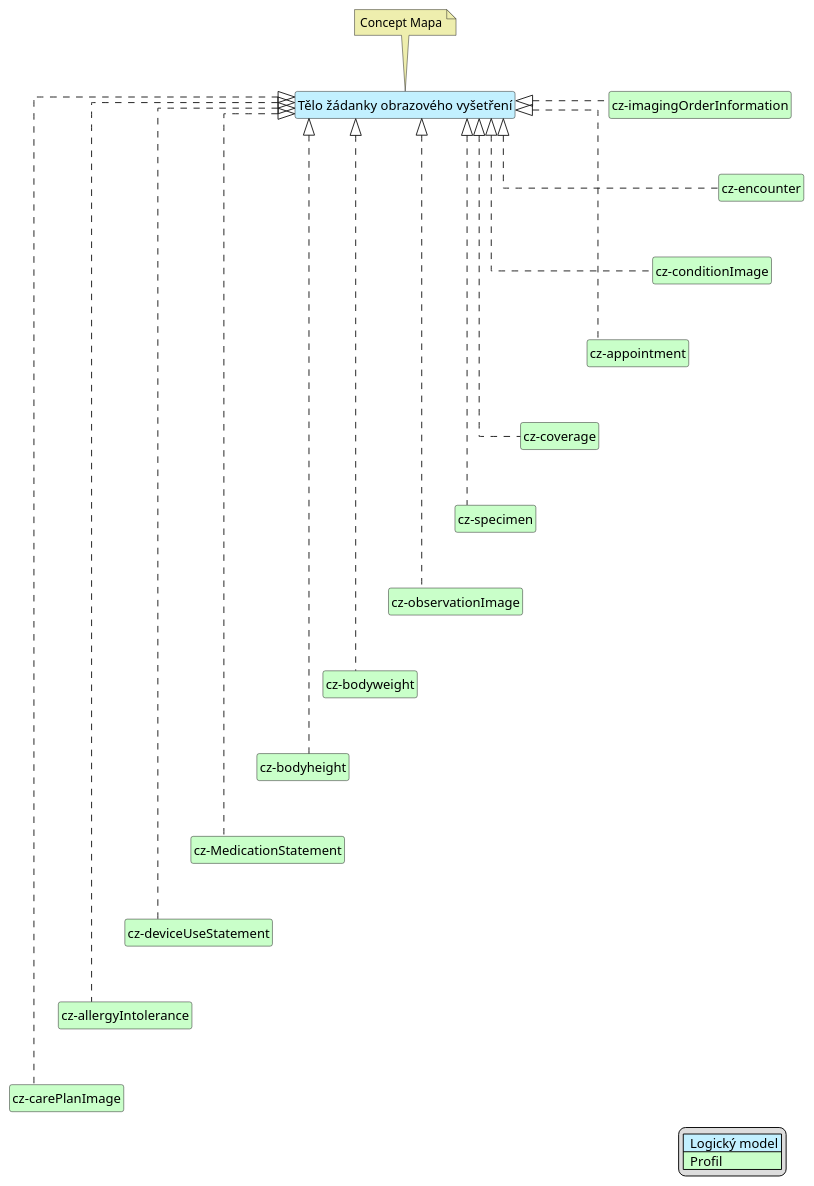
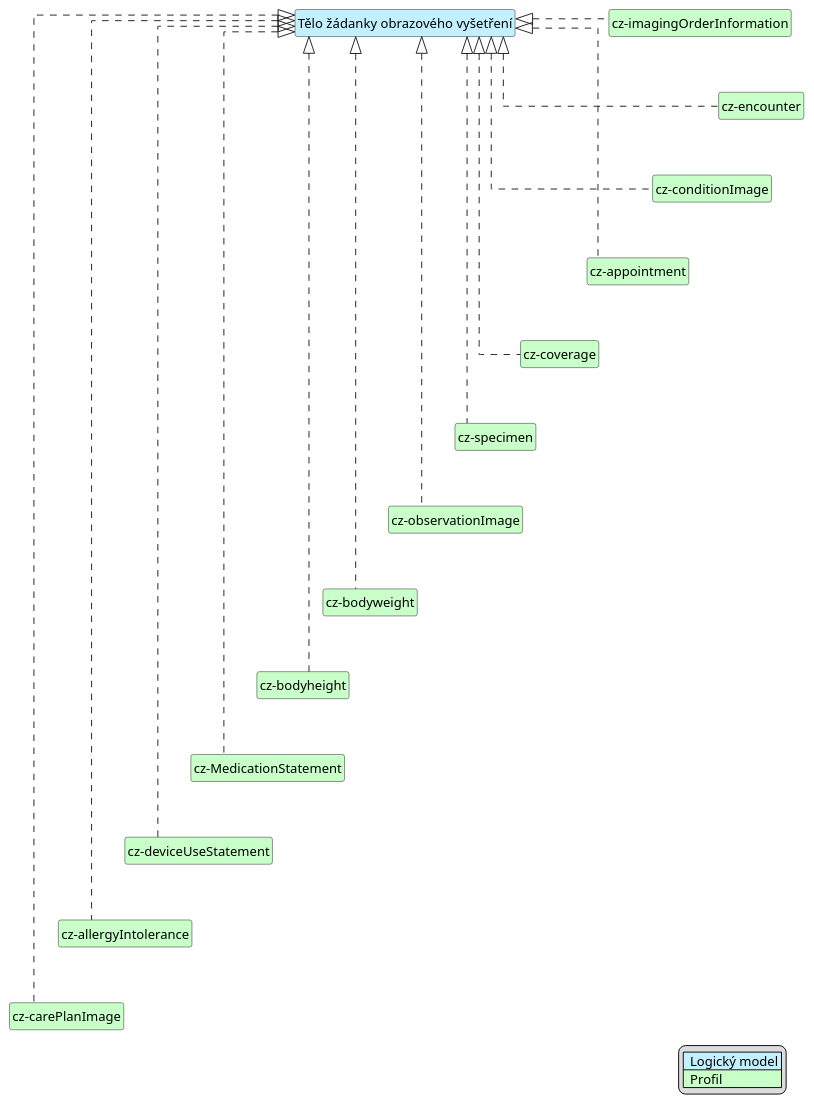
One commit to HL7-cz/img-order changed the diagram in input/images-source/imgOrderBody-map-cs.plantuml. Above: the diagram before and after it, drawn with PlantUML. The commit also changed 16 other files, not shown here.

```diff
--- a/input/images-source/imgOrderBody-map-cs.plantuml
+++ b/input/images-source/imgOrderBody-map-cs.plantuml
@@ -1,61 +1,58 @@
 @startuml
 hide circle
 hide stereotype
 hide members
 hide methods
 skinparam linetype ortho
 skinparam class {
 BackgroundColor<<LogicalModel>> #APPLICATION
 BackgroundColor<<Profile>> #TECHNOLOGY
 }
 legend right
 | <#APPLICATION>  Logický model |
 | <#TECHNOLOGY>  Profil |
 endlegend
 class "Tělo žádanky obrazového vyšetření" <<LogicalModel>> [[StructureDefinition-BodyImageOrderCz.html]]
-note top #EEEEAE [[ConceptMap-BodyImagingOrder2FHIR-cz.html]]
-Concept Mapa
-endnote
 
 class "cz-imagingOrderInformation" <<Profile>> [[StructureDefinition-cz-imagingOrderInformation.html]]
 class "cz-conditionImage" <<Profile>> [[StructureDefinition-cz-conditionImage.html]]
 class "cz-encounter" <<Profile>> [[https://build.fhir.org/ig/HL7-cz/cz-core/StructureDefinition-cz-encounter.html]]
 class "cz-coverage" <<Profile>> [[https://build.fhir.org/ig/HL7-cz/cz-core/StructureDefinition-cz-coverage.html]]
 class "cz-appointment" <<Profile>> [[StructureDefinition-cz-appointment.html]]
 class "cz-specimen" <<Profile>> [[https://build.fhir.org/ig/HL7-cz/cz-core/StructureDefinition-cz-specimen.html]]
 class "cz-observationImage" <<Profile>> [[StructureDefinition-cz-observationImage.html]]
 class "cz-bodyweight" <<Profile>> [[StructureDefinition-cz-bodyweight.html]]
 class "cz-bodyheight" <<Profile>> [[StructureDefinition-cz-bodyheight.html]]
 class "cz-MedicationStatement" <<Profile>> [[https://build.fhir.org/ig/HL7-cz/cz-core/StructureDefinition-cz-MedicationStatement.html]]
 class "cz-deviceUseStatement" <<Profile>> [[StructureDefinition-cz-deviceUseStatement.html]]
 class "cz-allergyIntolerance" <<Profile>> [[https://build.fhir.org/ig/HL7-cz/cz-core/StructureDefinition-cz-allergyIntolerance.html]]
 class "cz-carePlanImage" <<Profile>> [[StructureDefinition-cz-carePlanImage.html]]
 
 "Tělo žádanky obrazového vyšetření" <|. "cz-imagingOrderInformation"
 "Tělo žádanky obrazového vyšetření" <|. "cz-appointment"
 "Tělo žádanky obrazového vyšetření" <|. "cz-coverage"
 "Tělo žádanky obrazového vyšetření" <|. "cz-conditionImage"
 "Tělo žádanky obrazového vyšetření" <|. "cz-encounter"
 "Tělo žádanky obrazového vyšetření" <|. "cz-specimen"
 "Tělo žádanky obrazového vyšetření" <|. "cz-observationImage"
 "Tělo žádanky obrazového vyšetření" <|. "cz-bodyweight"
 "Tělo žádanky obrazového vyšetření" <|. "cz-bodyheight"
 "Tělo žádanky obrazového vyšetření" <|. "cz-MedicationStatement"
 "Tělo žádanky obrazového vyšetření" <|. "cz-deviceUseStatement"
 "Tělo žádanky obrazového vyšetření" <|. "cz-allergyIntolerance"
 "Tělo žádanky obrazového vyšetření" <|. "cz-carePlanImage"
 
 "cz-imagingOrderInformation" -d[hidden]-> "cz-encounter"
 "cz-encounter" -d[hidden]-> "cz-conditionImage"
 "cz-conditionImage" -d[hidden]-> "cz-appointment"
 "cz-appointment" -d[hidden]-> "cz-coverage"
 "cz-coverage" -d[hidden]-> "cz-specimen"
 "cz-specimen" -d[hidden]-> "cz-observationImage"
 "cz-observationImage" -d[hidden]-> "cz-bodyweight"
 "cz-bodyweight" -d[hidden]-> "cz-bodyheight"
 "cz-bodyheight" -d[hidden]-> "cz-MedicationStatement"
 "cz-MedicationStatement" -d[hidden]-> "cz-deviceUseStatement"
 "cz-deviceUseStatement" -d[hidden]-> "cz-allergyIntolerance"
 "cz-allergyIntolerance" -d[hidden]-> "cz-carePlanImage"
 
 @enduml
```
